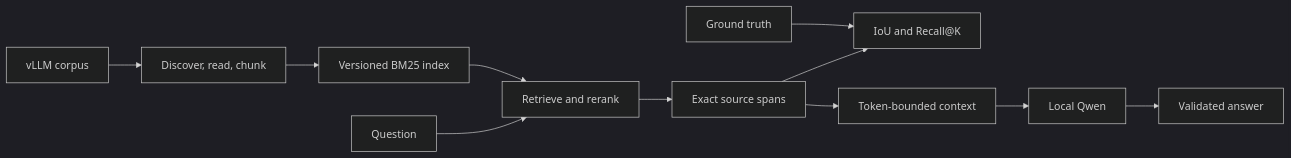
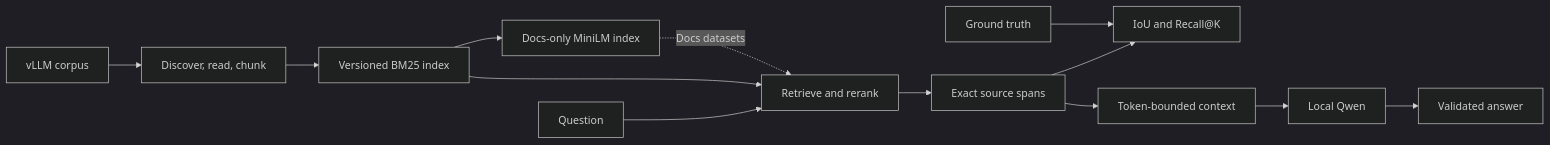
Before and after one commit to MariiaLagutina/RAG: the diagram in README.md, drawn with Mermaid (dark theme). The commit also changed other lines of this file and 2 other files, not shown here.

Commit message:
docs: describe hybrid Docs routing and documentation-only semantic indexing

````diff
--- a/README.md
+++ b/README.md
@@ -136,13 +167,15 @@
 ```mermaid
 flowchart LR
     Corpus["vLLM corpus"] --> Ingest["Discover, read, chunk"]
     Ingest --> Index["Versioned BM25 index"]
+    Index --> Semantic["Docs-only MiniLM index"]
     Question["Question"] --> Search["Retrieve and rerank"]
     Index --> Search
+    Semantic -. Docs datasets .-> Search
     Search --> Sources["Exact source spans"]
     Sources --> Eval["IoU and Recall@K"]
     Truth["Ground truth"] --> Eval
     Sources --> Context["Token-bounded context"]
     Context --> Qwen["Local Qwen"]
     Qwen --> Answer["Validated answer"]
 ```
````
